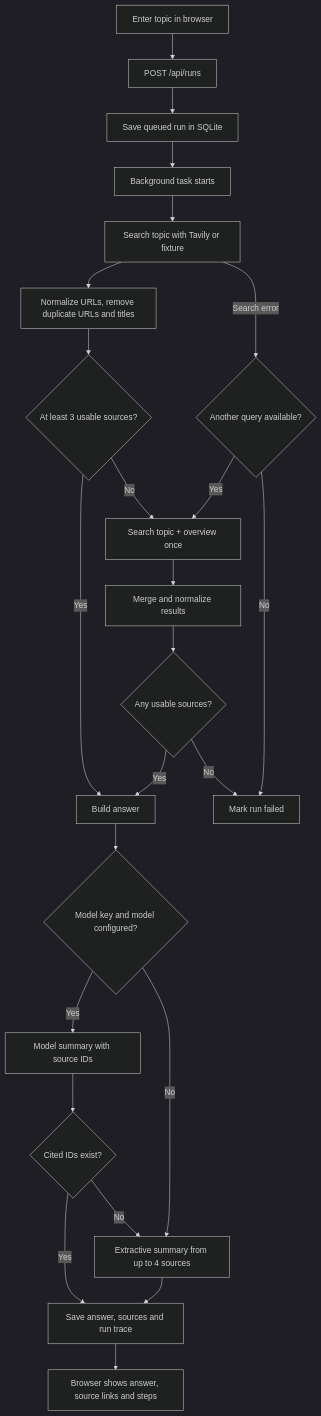
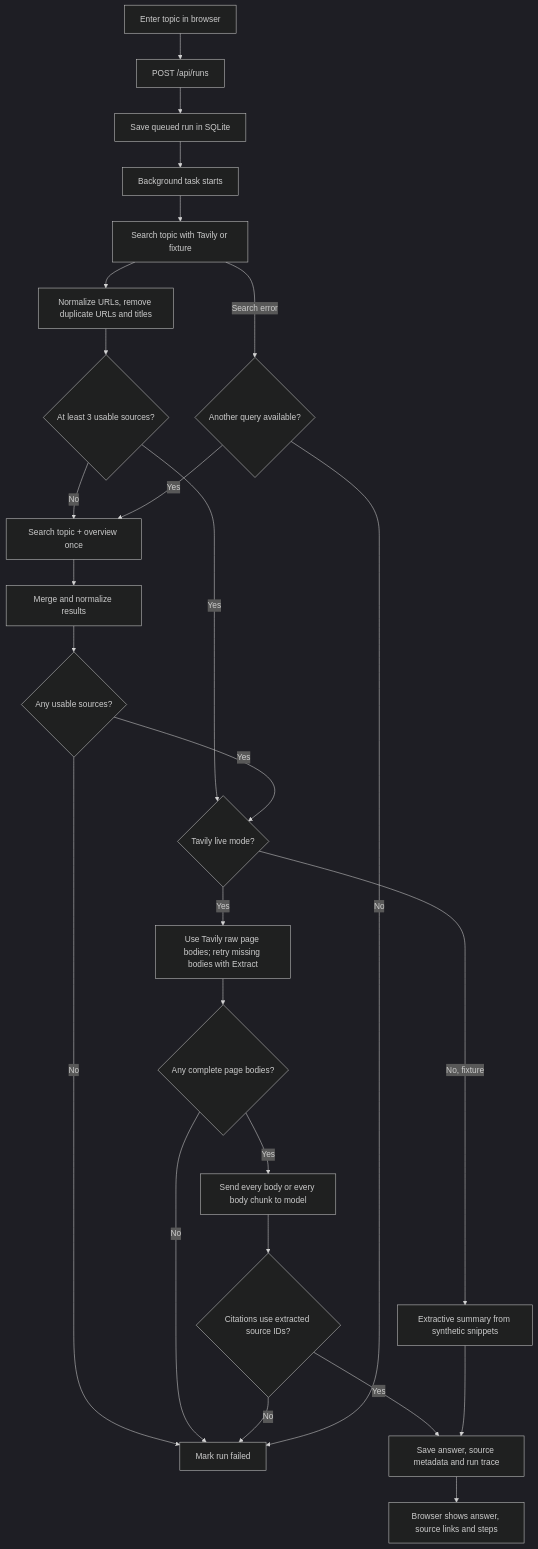
Before and after one commit to weijielin502-hub/research-agent-service: the diagram in FLOW.md, drawn with Mermaid (dark theme). The commit also changed other lines of this file and 9 other files, not shown here.

Commit message:
Read complete Tavily page bodies in live research runs

````diff
--- a/FLOW.md
+++ b/FLOW.md
@@ -3,26 +3,28 @@
 ```mermaid
 flowchart TD
     A[Enter topic in browser] --> B[POST /api/runs]
     B --> C[Save queued run in SQLite]
     C --> D[Background task starts]
     D --> E[Search topic with Tavily or fixture]
     E --> F[Normalize URLs, remove duplicate URLs and titles]
     F --> G{At least 3 usable sources?}
     G -- No --> H[Search topic + overview once]
     H --> I[Merge and normalize results]
-    G -- Yes --> J[Build answer]
+    G -- Yes --> J{Tavily live mode?}
     I --> S{Any usable sources?}
     S -- Yes --> J
     S -- No --> R[Mark run failed]
-    J --> K{Model key and model configured?}
-    K -- Yes --> L[Model summary with source IDs]
-    L --> M{Cited IDs exist?}
-    M -- No --> N[Extractive summary from up to 4 sources]
-    M -- Yes --> O[Save answer, sources and run trace]
-    K -- No --> N
+    J -- Yes --> X[Use Tavily raw page bodies; retry missing bodies with Extract]
+    X --> Y{Any complete page bodies?}
+    Y -- No --> R
+    Y -- Yes --> L[Send every body or every body chunk to model]
+    L --> M{Citations use extracted source IDs?}
+    M -- No --> R
+    M -- Yes --> O[Save answer, source metadata and run trace]
+    J -- No, fixture --> N[Extractive summary from synthetic snippets]
     N --> O
     O --> P[Browser shows answer, source links and steps]
     E -- Search error --> Q{Another query available?}
     Q -- Yes --> H
     Q -- No --> R
 ```
````
